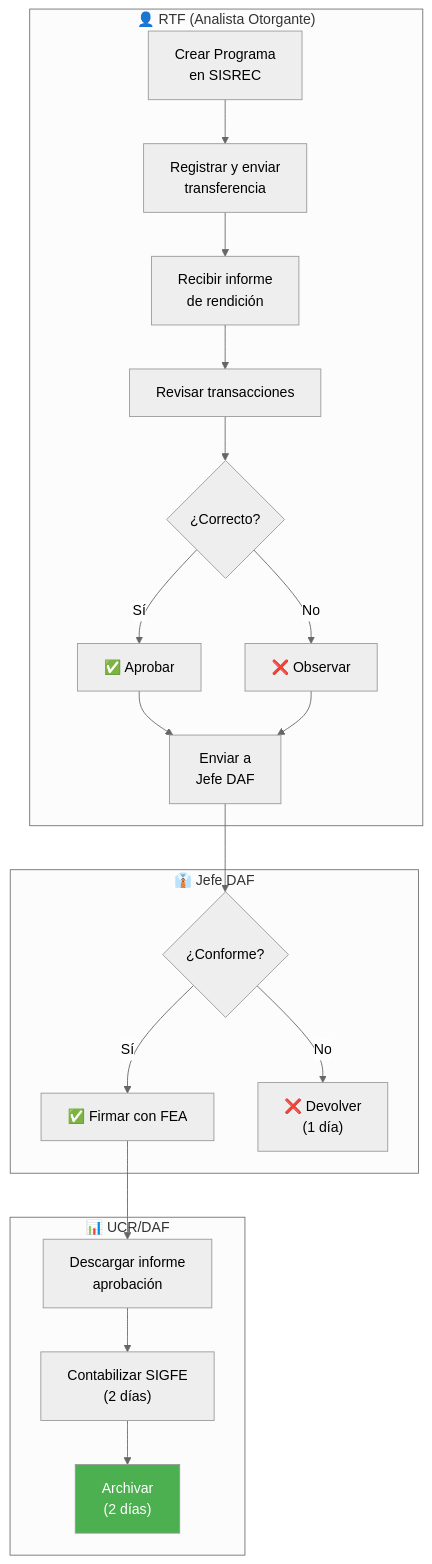
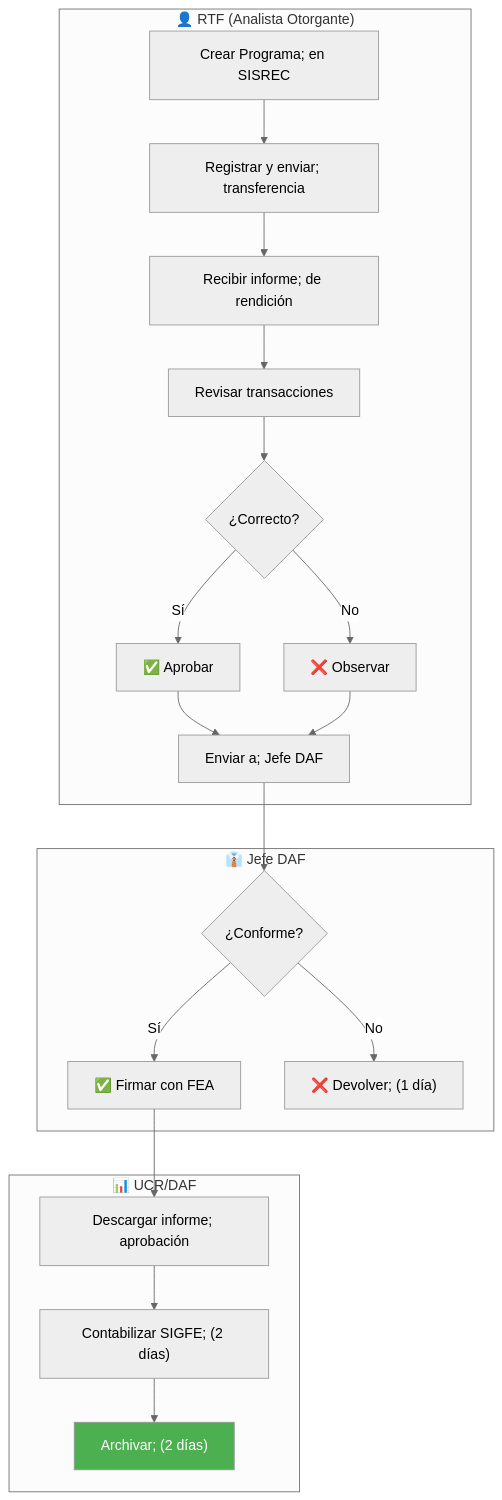
The fourth of 8 diagrams in drafts/gn/bpmn/bpmn-d08-rendiciones.md (felix-antonio-sl/kora), drawn with Mermaid (neutral theme) before and after one commit. The commit also changed other lines of this file and 265 other files, not shown here.

````diff
--- a/drafts/gn/bpmn/bpmn-d08-rendiciones.md
+++ b/drafts/gn/bpmn/bpmn-d08-rendiciones.md
@@ -157,30 +173,34 @@
 ```mermaid
 flowchart TD
-    subgraph RTF["👤 RTF (Analista Otorgante)"]
-        A["Crear Programa<br/>en SISREC"]
-        B["Registrar y enviar<br/>transferencia"]
-        C["Recibir informe<br/>de rendición"]
-        D["Revisar transacciones"]
-        E{"¿Correcto?"}
-        F["✅ Aprobar"]
-        G["❌ Observar"]
-        H["Enviar a<br/>Jefe DAF"]
-    end
-    subgraph JEFE_DAF["👔 Jefe DAF"]
-        I{"¿Conforme?"}
-        J["✅ Firmar con FEA"]
-        K["❌ Devolver<br/>(1 día)"]
-    end
-    subgraph UCR["📊 UCR/DAF"]
-        L["Descargar informe<br/>aprobación"]
-        M["Contabilizar SIGFE<br/>(2 días)"]
-        N["Archivar<br/>(2 días)"]
-    end
-    A --> B --> C --> D --> E
-    E -->|"Sí"| F --> H
-    E -->|"No"| G --> H
-    H --> I
-    I -->|"Sí"| J --> L --> M --> N
-    I -->|"No"| K
-    style N fill:#4CAF50,color:#fff
+ subgraph RTF["👤 RTF (Analista Otorgante)"]
+ A["Crear Programa; en SISREC"]
+ B["Registrar y enviar; transferencia"]
+ C["Recibir informe; de rendición"]
+ D["Revisar transacciones"]
+ E{"¿Correcto?"}
+ F["✅ Aprobar"]
+ G["❌ Observar"]
+ H["Enviar a; Jefe DAF"]
+ end
+
+ subgraph JEFE_DAF["👔 Jefe DAF"]
+ I{"¿Conforme?"}
+ J["✅ Firmar con FEA"]
+ K["❌ Devolver; (1 día)"]
+ end
+
+ subgraph UCR["📊 UCR/DAF"]
+ L["Descargar informe; aprobación"]
+ M["Contabilizar SIGFE; (2 días)"]
+ N["Archivar; (2 días)"]
+ end
+
+ A --> B --> C --> D --> E
+ E -->|"Sí"| F --> H
+ E -->|"No"| G --> H
+ H --> I
+ I -->|"Sí"| J --> L --> M --> N
+ I -->|"No"| K
+
+ style N fill:#4CAF50,color:#fff
 ```
````
